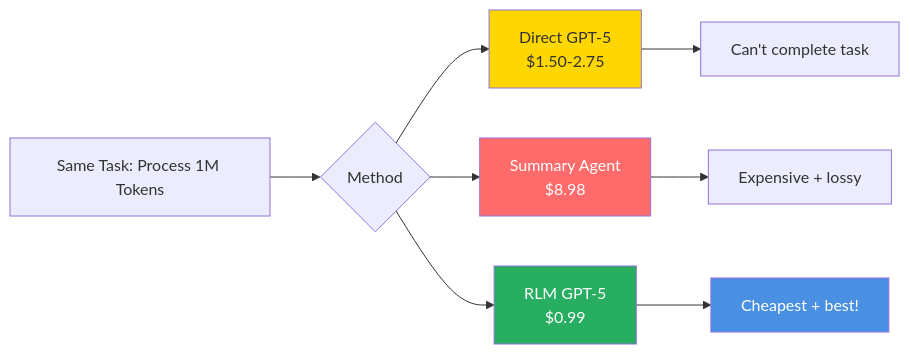
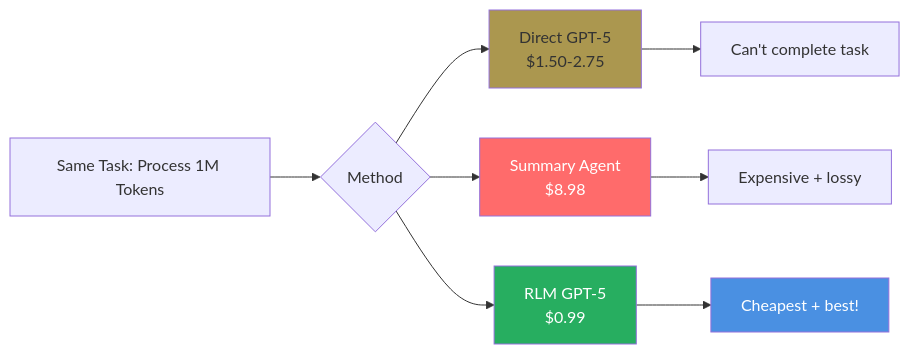
The tenth of 18 diagrams in Papers/RecursiveLanguageModels.md (rsrini7/Learnings), drawn with Mermaid before and after one commit. The commit also changed other lines of this file, not shown here.

First line of the commit message:
style(docs): update diagram node colors from gold to bronze

````diff
--- a/Papers/RecursiveLanguageModels.md
+++ b/Papers/RecursiveLanguageModels.md
@@ -595,17 +595,17 @@
 ```mermaid
 graph LR
     A[Same Task: Process 1M Tokens] --> B{Method}
     
     B --> C[Direct GPT-5<br/>$1.50-2.75]
     B --> D[Summary Agent<br/>$8.98]
     B --> E[RLM GPT-5<br/>$0.99]
     
     C --> F[Can't complete task]
     D --> G[Expensive + lossy]
     E --> H[Cheapest + best!]
     
-    style C fill:#FFD700
+    style C fill:#AB974F
     style D fill:#FF6B6B,color:#fff
     style E fill:#27AE60,color:#fff
     style H fill:#4A90E2,color:#fff
 ```
````
